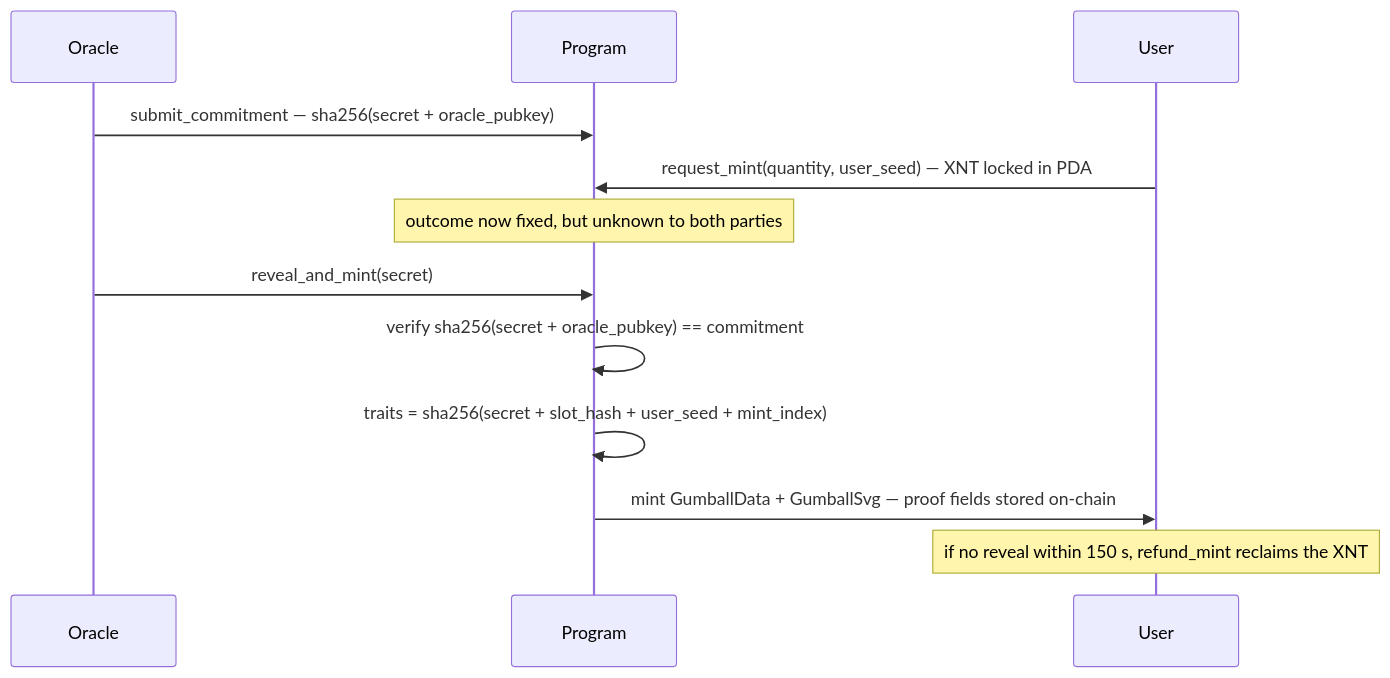
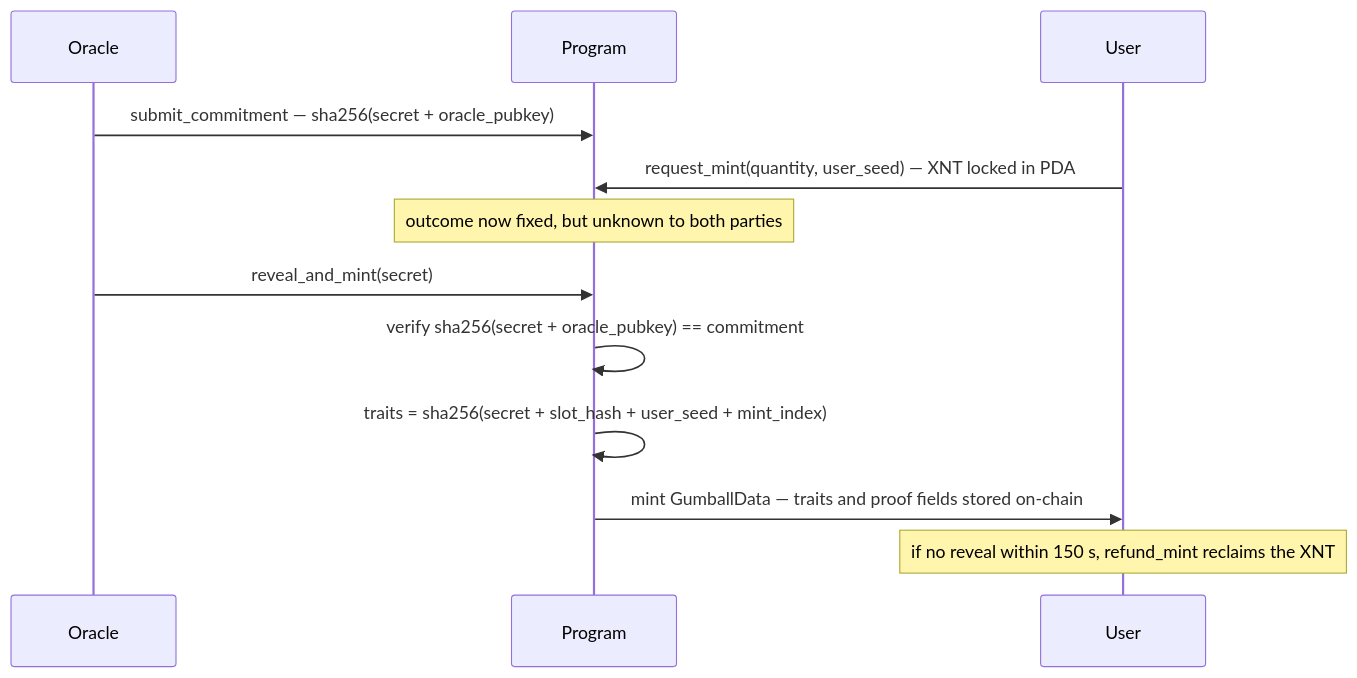
Before and after one commit to Lokoweb3/gumball_nft: the first of 2 diagrams in README.md, drawn with Mermaid. The commit also changed other lines of this file and 31 other files, not shown here.

First line of the commit message:
Draw gumballs from on-chain traits instead of storing an SVG; base price 0.03 XNT

````diff
--- a/README.md
+++ b/README.md
@@ -64,14 +64,14 @@
 ```mermaid
 sequenceDiagram
     participant O as Oracle
     participant P as Program
     participant U as User
     O->>P: submit_commitment — sha256(secret + oracle_pubkey)
     U->>P: request_mint(quantity, user_seed) — XNT locked in PDA
     Note over P: outcome now fixed, but unknown to both parties
     O->>P: reveal_and_mint(secret)
     P->>P: verify sha256(secret + oracle_pubkey) == commitment
     P->>P: traits = sha256(secret + slot_hash + user_seed + mint_index)
-    P->>U: mint GumballData + GumballSvg — proof fields stored on-chain
+    P->>U: mint GumballData — traits and proof fields stored on-chain
     Note over U: if no reveal within 150 s, refund_mint reclaims the XNT
 ```
````
